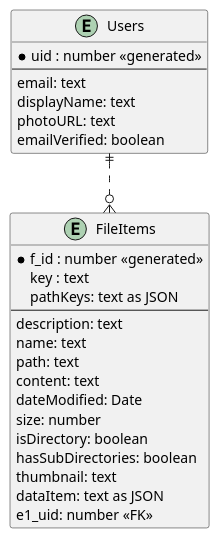
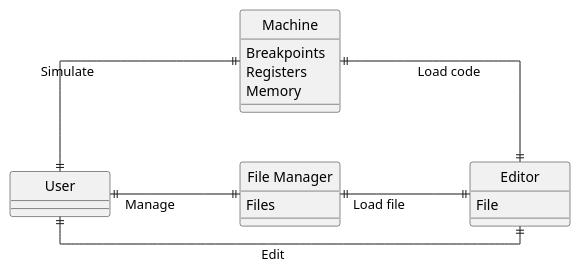
Before and after one commit to nonodev96/THUMDER: the diagram in UML/3.4.Model.puml, drawn with PlantUML. The commit also changed 42 other files, not shown here.

Commit message:
refactor in machine simulator, fix pixi pipeline reset, add new documents in about view, add plantuml sequences

```diff
--- a/UML/3.4.Model.puml
+++ b/UML/3.4.Model.puml
@@ -1,75 +1,40 @@
 @startuml
 'https://plantuml.com/class-diagram
 skinparam defaultFontName consolas
+skinparam defaultTextAlignment center
 skinparam minClassWidth 100
 skinparam conditionStyle inside
-'skinparam defaultTextAlignment center
 skinparam linetype polyline
 skinparam linetype ortho
-'left to right direction
+skinparam nodesep 50
+skinparam ranksep 130
+left to right direction
 '!include styles.puml
+hide circle
 
-
-'class Users <<(T,red)>> {
-'  Users table
-'  ==
-'  -uid: int
-'  -email: string
-'  -displayName: string
-'  -photoURL: string
-'  -emailVerified: boolean
-'}
-'
-'class FileItem <<(T,red)>> {
-'  FileItem table
-'  ==
-'  #uid: int
-'  -name: string
-'  -path: string
-'  -content: string
-'  -pathKeys: string as JSON
-'  -key: string
-'  -dateModified: Date
-'  -size: number
-'  -isDirectory: boolean
-'  -hasSubDirectories: boolean
-'  -thumbnail: string
-'  -dataItem: string as JSON
-'  'any
-'}
-
-'e01 ||..o{ e02
-'one and only one <-->  zero or many
-
-
-entity "Users" as e01 {
-  *uid : number <<generated>>
-  --
-  email: text
-  displayName: text
-  photoURL: text
-  emailVerified: boolean
+entity "Machine" as e00 {
+  Breakpoints
+  Registers
+  Memory
 }
 
-entity "FileItems" as e02 {
-  *f_id : number <<generated>>
-  key : text
-  pathKeys: text as JSON
-  --
-  description: text
-  name: text
-  path: text
-  content: text
-  dateModified: Date
-  size: number
-  isDirectory: boolean
-  hasSubDirectories: boolean
-  thumbnail: text
-  dataItem: text as JSON
-  e1_uid: number <<FK>>
+entity "User" as e01 {
+
 }
 
-e01 ||..o{ e02
+entity "File Manager" as e02 {
+  Files
+}
+
+entity "Editor" as e03 {
+  File
+}
+
+e01 ||--|| e03: Edit
+e01 ||--|| e00: Simulate
+e01 ||--|| e02: Manage
+e02 ||--|| e03: Load file
+e03 ||-up-|| e00: Load code
 
 
 @enduml
```
